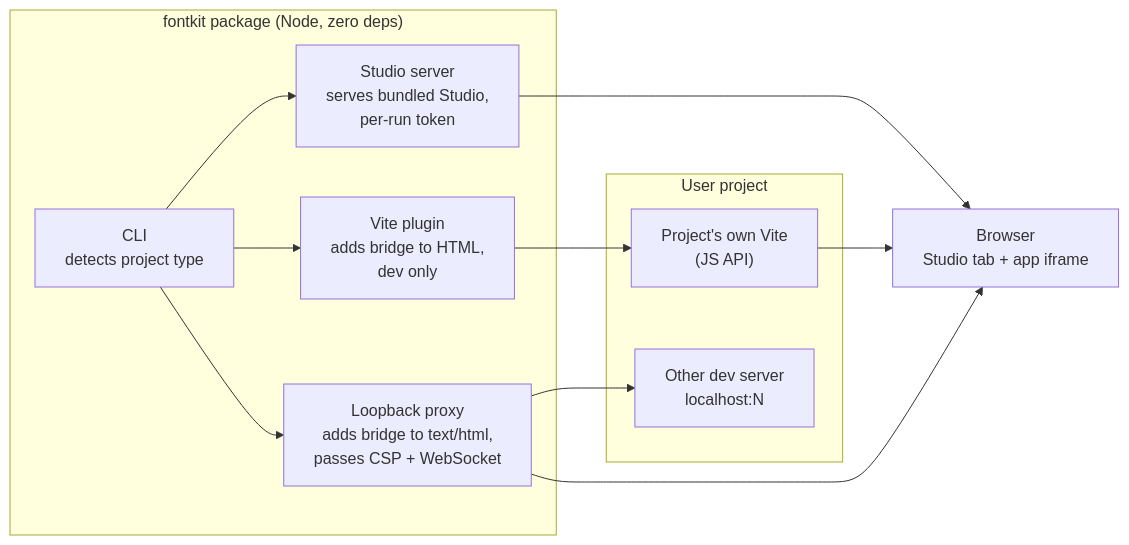
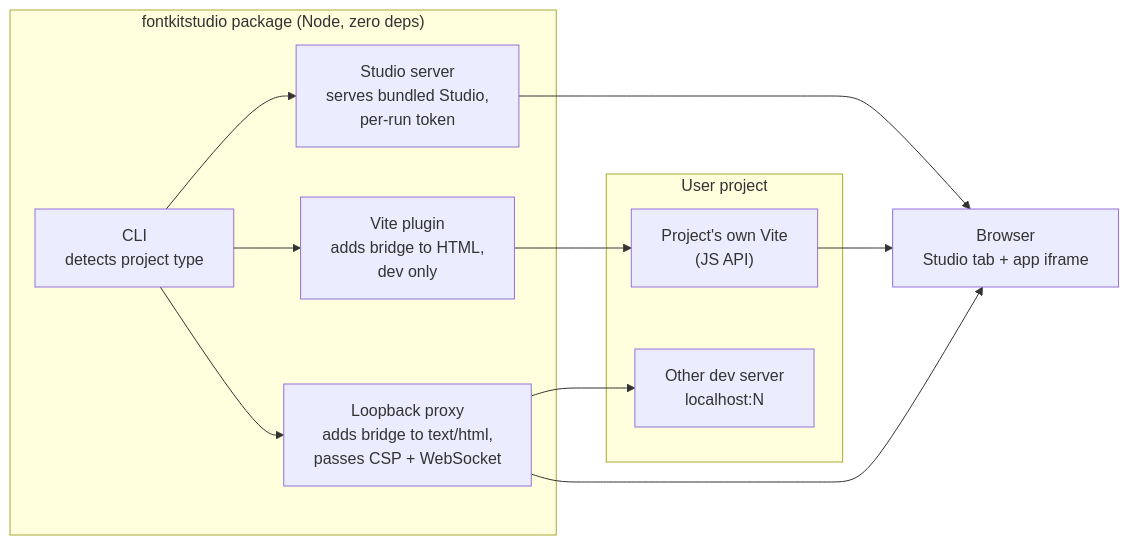
One commit to pterw/font-kit-studio changed the first of 2 diagrams in docs/plans/2026-10-03-r1-one-command.md. Above: the diagram before and after it, drawn with Mermaid. The commit also changed other lines of this file and 8 other files, not shown here.

First line of the commit message:
docs: settle the open roadmap decisions for R1 through R5

````diff
--- a/docs/plans/2026-10-03-r1-one-command.md
+++ b/docs/plans/2026-10-03-r1-one-command.md
@@ -39,21 +41,21 @@
 ```mermaid
 flowchart LR
     subgraph APP["User project"]
       V["Project's own Vite<br/>(JS API)"]
       DS["Other dev server<br/>localhost:N"]
     end
-    subgraph PKG["fontkit package (Node, zero deps)"]
+    subgraph PKG["fontkitstudio package (Node, zero deps)"]
       CLI["CLI<br/>detects project type"]
       PL["Vite plugin<br/>adds bridge to HTML,<br/>dev only"]
       PX["Loopback proxy<br/>adds bridge to text/html,<br/>passes CSP + WebSocket"]
       ST["Studio server<br/>serves bundled Studio,<br/>per-run token"]
     end
     B["Browser<br/>Studio tab + app iframe"]
 
     CLI --> PL --> V
     CLI --> PX --> DS
     CLI --> ST
     ST --> B
     V --> B
     PX --> B
 ```
````
